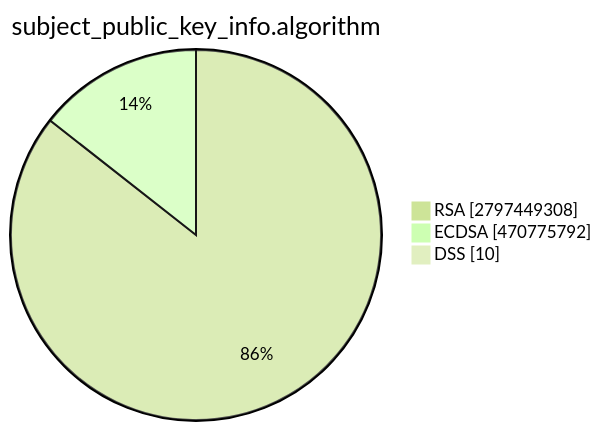
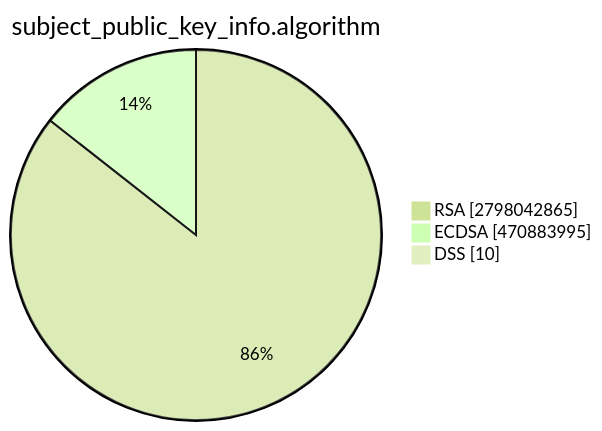
Before and after one commit to christiankrug/ctmonitor_visualization: the second of 15 diagrams in TOTAL/README.md, drawn with Mermaid (forest theme). The commit also changed other lines of this file, not shown here.

````diff
--- a/TOTAL/README.md
+++ b/TOTAL/README.md
@@ -6,7 +6,7 @@
 ```mermaid
 pie showData
 title subject_public_key_info.algorithm
-"RSA" :2797449308
-"ECDSA" :470775792
+"RSA" :2798042865
+"ECDSA" :470883995
 "DSS" :10
 ```
````
